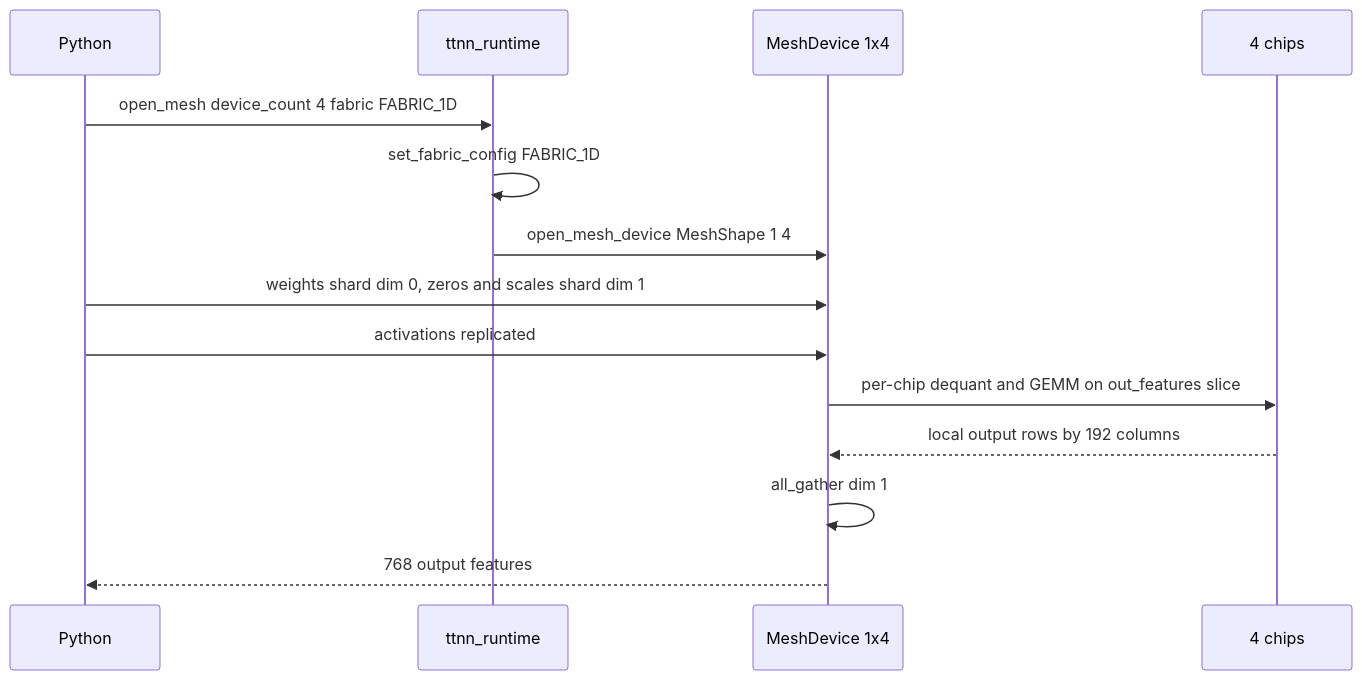
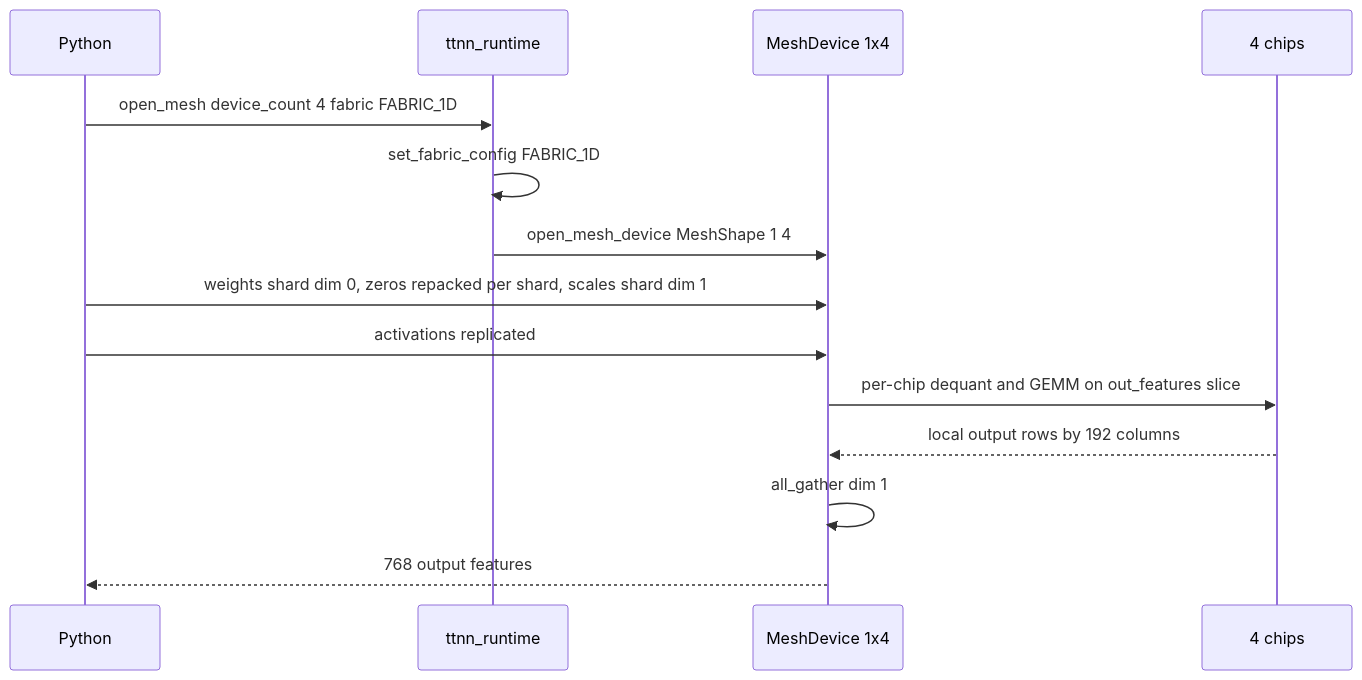
One commit to ModelCloud/GPTQModel changed the ninth of 12 diagrams in docs/tenstorrent.md. Above: the diagram before and after it, drawn with Mermaid. The commit also changed other lines of this file and 2 other files, not shown here.

Commit message:
fix(ttnn): repack qzero words per mesh shard (#5832)

````diff
--- a/docs/tenstorrent.md
+++ b/docs/tenstorrent.md
@@ -519,16 +519,16 @@
 ```mermaid
 sequenceDiagram
     participant P as Python
     participant R as ttnn_runtime
     participant M as MeshDevice 1x4
     participant C as 4 chips
     P->>R: open_mesh device_count 4 fabric FABRIC_1D
     R->>R: set_fabric_config FABRIC_1D
     R->>M: open_mesh_device MeshShape 1 4
-    P->>M: weights shard dim 0, zeros and scales shard dim 1
+    P->>M: weights shard dim 0, zeros repacked per shard, scales shard dim 1
     P->>M: activations replicated
     M->>C: per-chip dequant and GEMM on out_features slice
     C-->>M: local output rows by 192 columns
     M->>M: all_gather dim 1
     M-->>P: 768 output features
 ```
````
